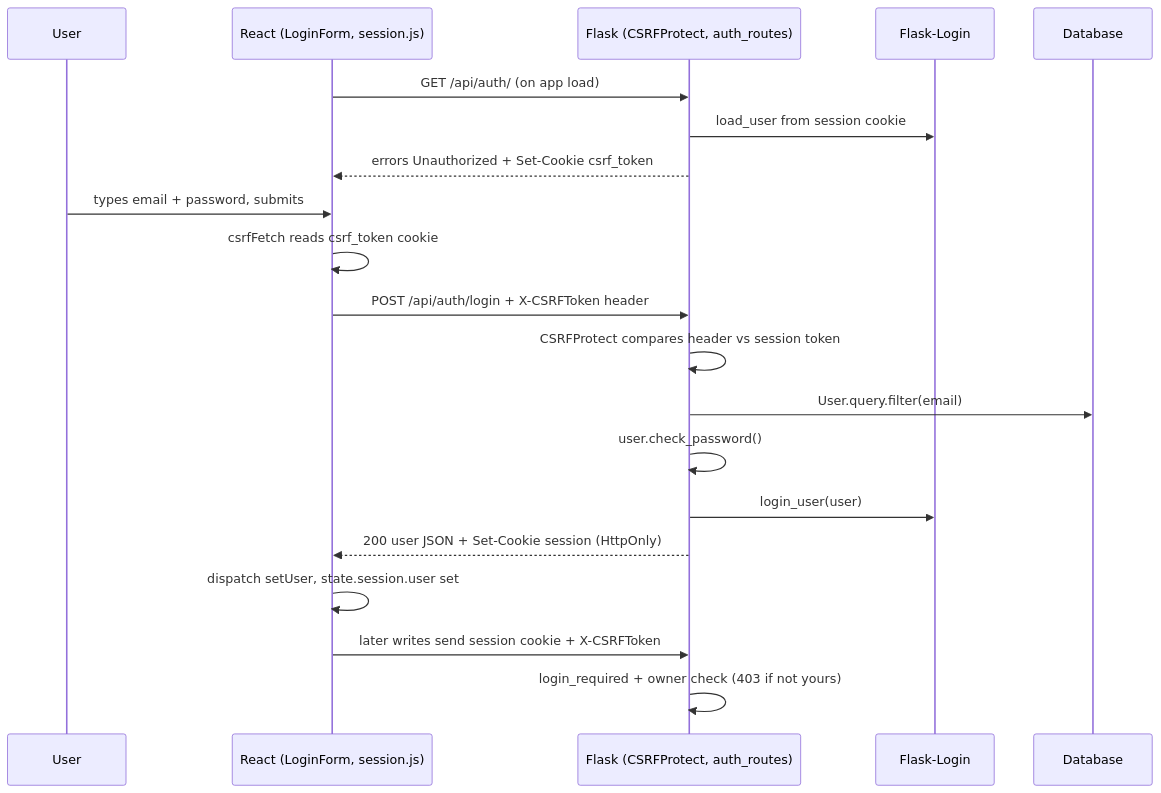
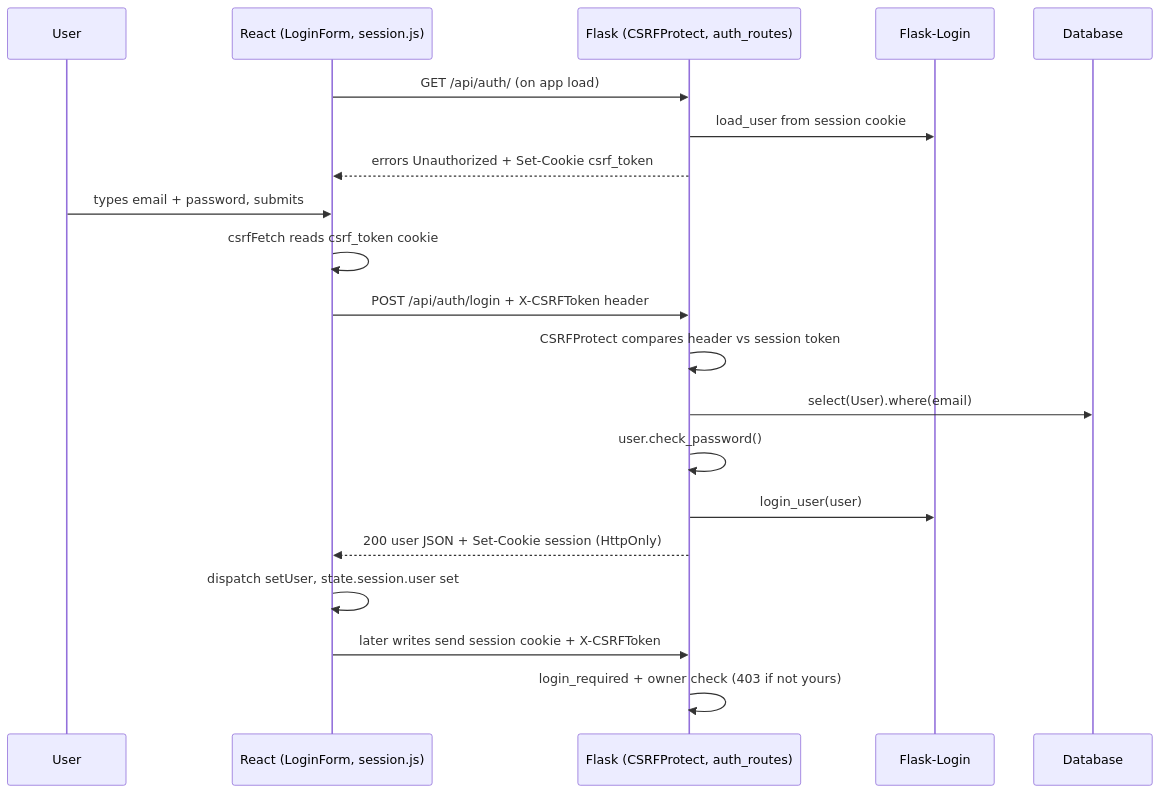
The third of 4 diagrams in docs/WALKTHROUGH.md (tyler-tor/Aktiv), drawn with Mermaid before and after one commit. The commit also changed other lines of this file, not shown here.

````diff
--- a/docs/WALKTHROUGH.md
+++ b/docs/WALKTHROUGH.md
@@ -435,23 +461,23 @@
 ```mermaid
 sequenceDiagram
     participant U as User
     participant R as React (LoginForm, session.js)
     participant F as Flask (CSRFProtect, auth_routes)
     participant L as Flask-Login
     participant D as Database
 
     R->>F: GET /api/auth/ (on app load)
     F->>L: load_user from session cookie
     F-->>R: errors Unauthorized + Set-Cookie csrf_token
     U->>R: types email + password, submits
     R->>R: csrfFetch reads csrf_token cookie
     R->>F: POST /api/auth/login + X-CSRFToken header
     F->>F: CSRFProtect compares header vs session token
-    F->>D: User.query.filter(email)
+    F->>D: select(User).where(email)
     F->>F: user.check_password()
     F->>L: login_user(user)
     F-->>R: 200 user JSON + Set-Cookie session (HttpOnly)
     R->>R: dispatch setUser, state.session.user set
     R->>F: later writes send session cookie + X-CSRFToken
     F->>F: login_required + owner check (403 if not yours)
 ```
````
